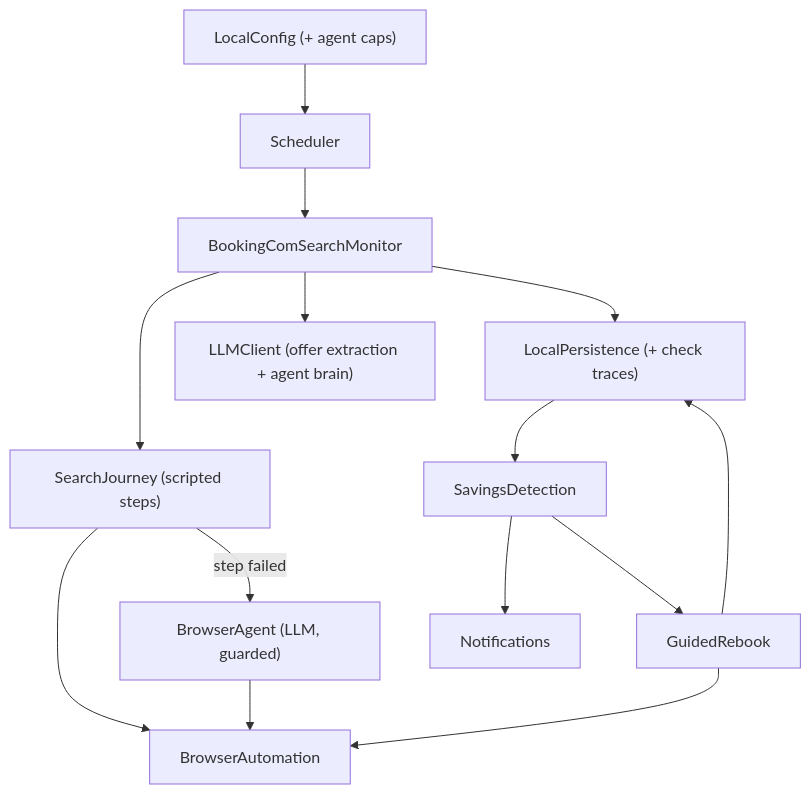
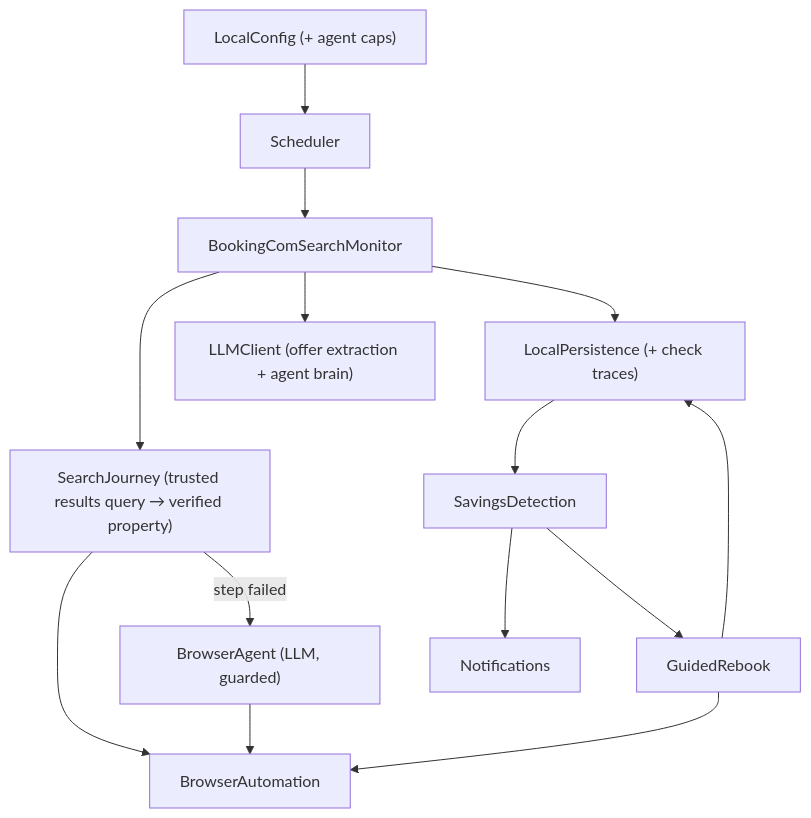
One commit to romkagribok/booksaver-agent changed the diagram in memory-bank/standards/system-architecture.md. Above: the diagram before and after it, drawn with Mermaid. The commit also changed other lines of this file and 21 other files, not shown here.

Commit message:
fix: enter booking search from trusted query

````diff
--- a/memory-bank/standards/system-architecture.md
+++ b/memory-bank/standards/system-architecture.md
@@ -7,16 +7,16 @@
 ```mermaid
 flowchart TB
     Config["LocalConfig (+ agent caps)"] --> Scheduler["Scheduler"]
     Scheduler --> Monitor["BookingComSearchMonitor"]
-    Monitor --> Journey["SearchJourney (scripted steps)"]
+    Monitor --> Journey["SearchJourney (trusted results query → verified property)"]
     Journey --> Browser["BrowserAutomation"]
     Journey -- "step failed" --> Agent["BrowserAgent (LLM, guarded)"]
     Agent --> Browser
     Monitor --> LLM["LLMClient (offer extraction + agent brain)"]
     Monitor --> Store["LocalPersistence (+ check traces)"]
     Store --> Savings["SavingsDetection"]
     Savings --> Notify["Notifications"]
     Savings --> Rebook["GuidedRebook"]
     Rebook --> Browser
     Rebook --> Store
 ```
````
